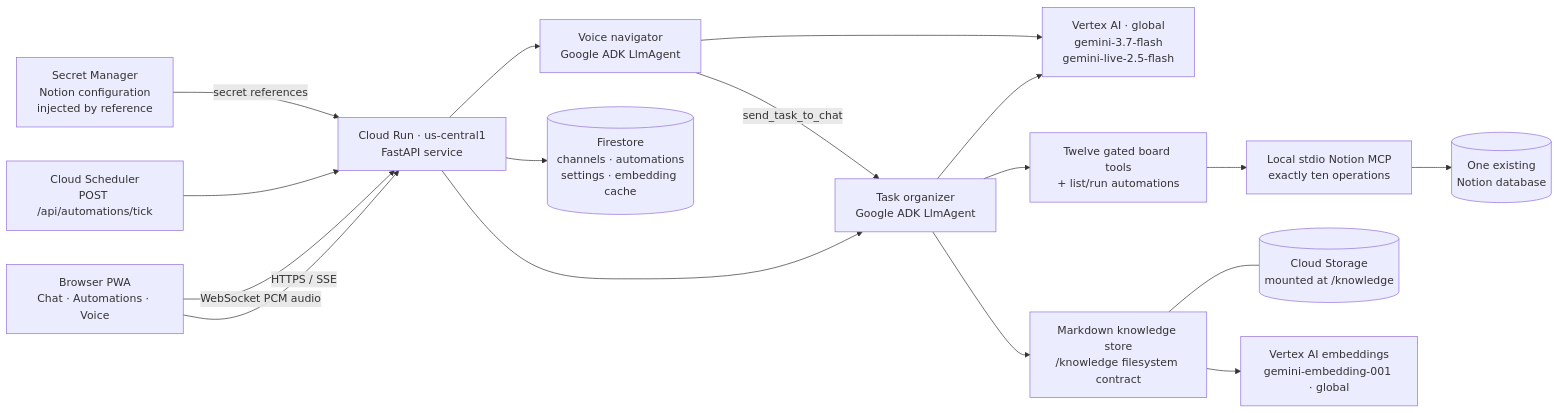
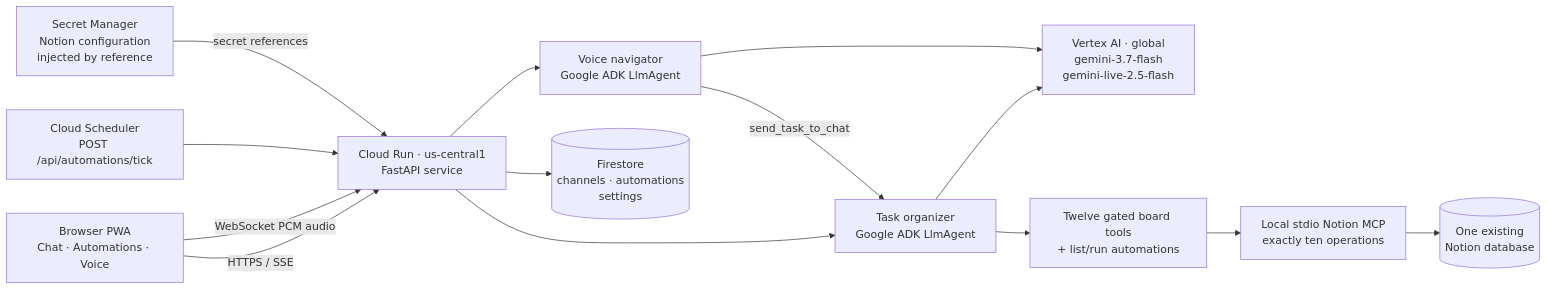
One commit to Avischai-G/avi-notes-assistant changed the diagram in docs/architecture.md. Above: the diagram before and after it, drawn with Mermaid. The commit also changed other lines of this file and 4 other files, not shown here.

````diff
--- a/docs/architecture.md
+++ b/docs/architecture.md
@@ -9,34 +9,28 @@
 ```mermaid
 flowchart LR
     B[Browser PWA\nChat · Automations · Voice]
     API[Cloud Run · us-central1\nFastAPI service]
     A[Task organizer\nGoogle ADK LlmAgent]
     L[Voice navigator\nGoogle ADK LlmAgent]
     V[Vertex AI · global\ngemini-3.7-flash\ngemini-live-2.5-flash]
     T[Twelve gated board tools\n+ list/run automations]
     M[Local stdio Notion MCP\nexactly ten operations]
     N[(One existing\nNotion database)]
-    F[(Firestore\nchannels · automations\nsettings · embedding cache)]
-    K[Markdown knowledge store\n/knowledge filesystem contract]
-    G[(Cloud Storage\nmounted at /knowledge)]
-    E[Vertex AI embeddings\ngemini-embedding-001 · global]
+    F[(Firestore\nchannels · automations\nsettings)]
     S[Secret Manager\nNotion configuration\ninjected by reference]
     C[Cloud Scheduler\nPOST /api/automations/tick]
 
     B -->|HTTPS / SSE| API
     B -->|WebSocket PCM audio| API
     C --> API
     S -->|secret references| API
     API --> A
     API --> L
     L -->|send_task_to_chat| A
     A --> V
     L --> V
     A --> T
     T --> M
     M --> N
     API --> F
-    A --> K
-    K --- G
-    K --> E
 ```
````
